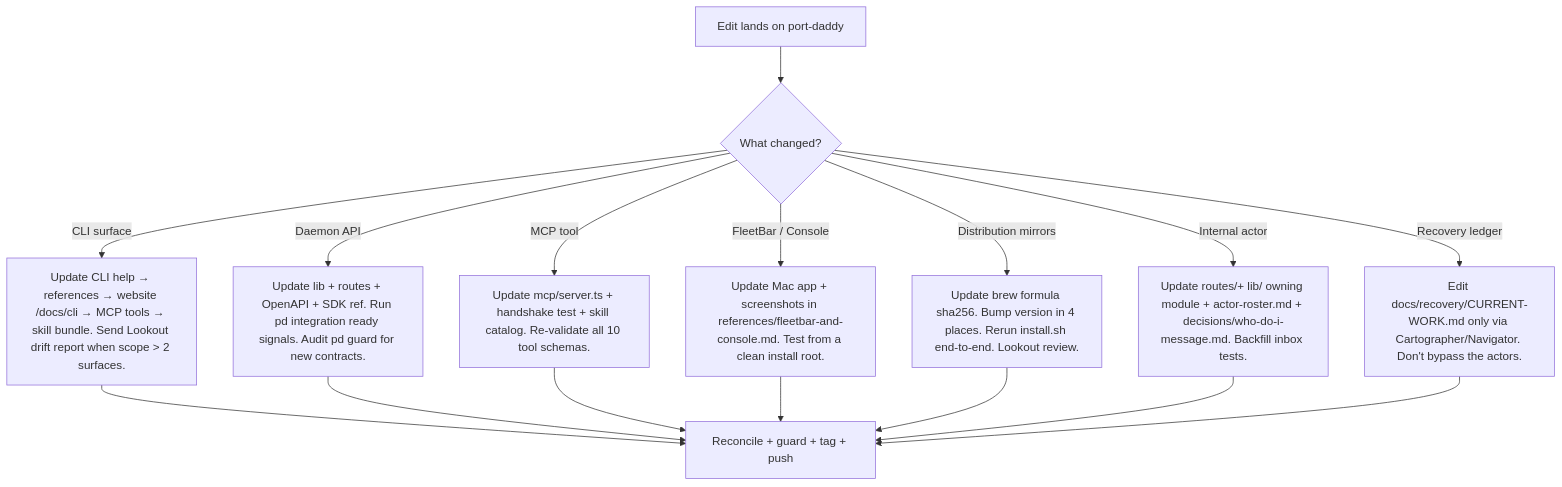
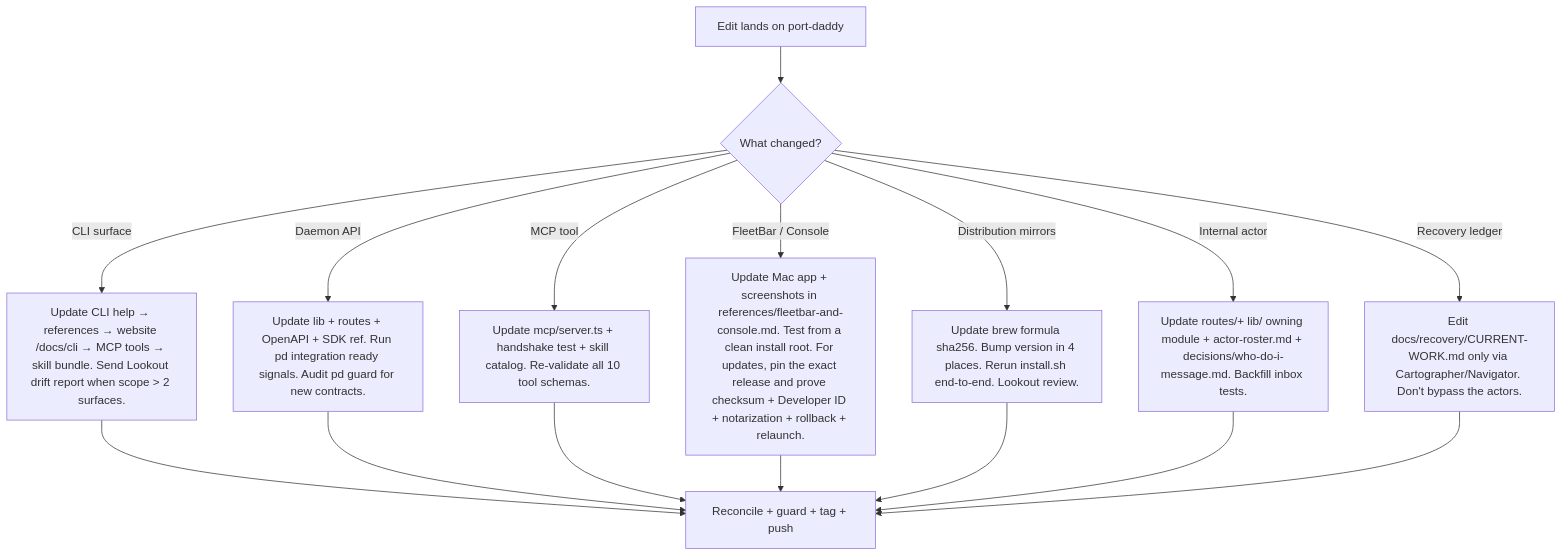
Before and after one commit to curiositech/port-daddy: the diagram in skills/port-daddy-internal-dev/SKILL.md, drawn with Mermaid. The commit also changed 10 other files, not shown here.

Commit message:
fix(fleetbar): add verified signed-release updater

````diff
--- a/skills/port-daddy-internal-dev/SKILL.md
+++ b/skills/port-daddy-internal-dev/SKILL.md
@@ -166,12 +166,12 @@
 ```mermaid
 flowchart TD
     start[Edit lands on port-daddy] --> what{What changed?}
     what -->|CLI surface| cli[Update CLI help → references → website /docs/cli → MCP tools → skill bundle. Send Lookout drift report when scope > 2 surfaces.]
     what -->|Daemon API| api[Update lib + routes + OpenAPI + SDK ref. Run pd integration ready signals. Audit pd guard for new contracts.]
     what -->|MCP tool| mcp[Update mcp/server.ts + handshake test + skill catalog. Re-validate all 10 tool schemas.]
-    what -->|FleetBar / Console| ui[Update Mac app + screenshots in references/fleetbar-and-console.md. Test from a clean install root.]
+    what -->|FleetBar / Console| ui[Update Mac app + screenshots in references/fleetbar-and-console.md. Test from a clean install root. For updates, pin the exact release and prove checksum + Developer ID + notarization + rollback + relaunch.]
     what -->|Distribution mirrors| dist[Update brew formula sha256. Bump version in 4 places. Rerun install.sh end-to-end. Lookout review.]
     what -->|Internal actor| actor[Update routes/+ lib/ owning module + actor-roster.md + decisions/who-do-i-message.md. Backfill inbox tests.]
     what -->|Recovery ledger| ledger[Edit docs/recovery/CURRENT-WORK.md only via Cartographer/Navigator. Don't bypass the actors.]
     cli & api & mcp & ui & dist & actor & ledger --> ship[Reconcile + guard + tag + push]
 ```
````
